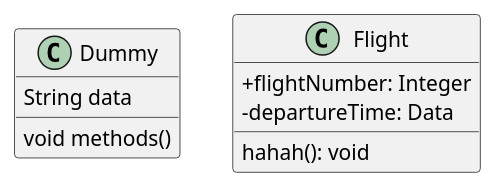
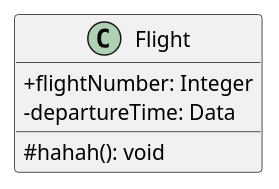
One commit to Document-Collection/image-processing changed the diagram in samples/plantuml/class.puml. Above: the diagram before and after it, drawn with PlantUML.

Commit message:
test(plantuml): 类图使用

```diff
--- a/samples/plantuml/class.puml
+++ b/samples/plantuml/class.puml
@@ -1,14 +1,28 @@
 @startuml
 skinparam classAttributeIconSize 0
 
-class Dummy {
-    String data
-    void methods()  
-}
+' class Dummy {
+'     String data
+'     void methods()  
+' }
 
 class Flight {
     +flightNumber: Integer
     -departureTime: Data
-    hahah(): void
+    
+    # hahah(): void
 }
+
+' ' 泛化 空心三角形+实线
+' Class01 <|-- Class02
+' ' 实现 空心三角形+虚线
+' Class03 <|.. Class04
+' ' 组合 实心菱形+实线
+' Class05 *-- Class06
+' ' 聚合 空心菱形+实线
+' Class07 o-- Class08
+' ' 关联 箭头+实线
+' Class09 <-- Class10
+' ' 依赖 箭头+虚线
+' Class11 <.. Class12
 @enduml
```
